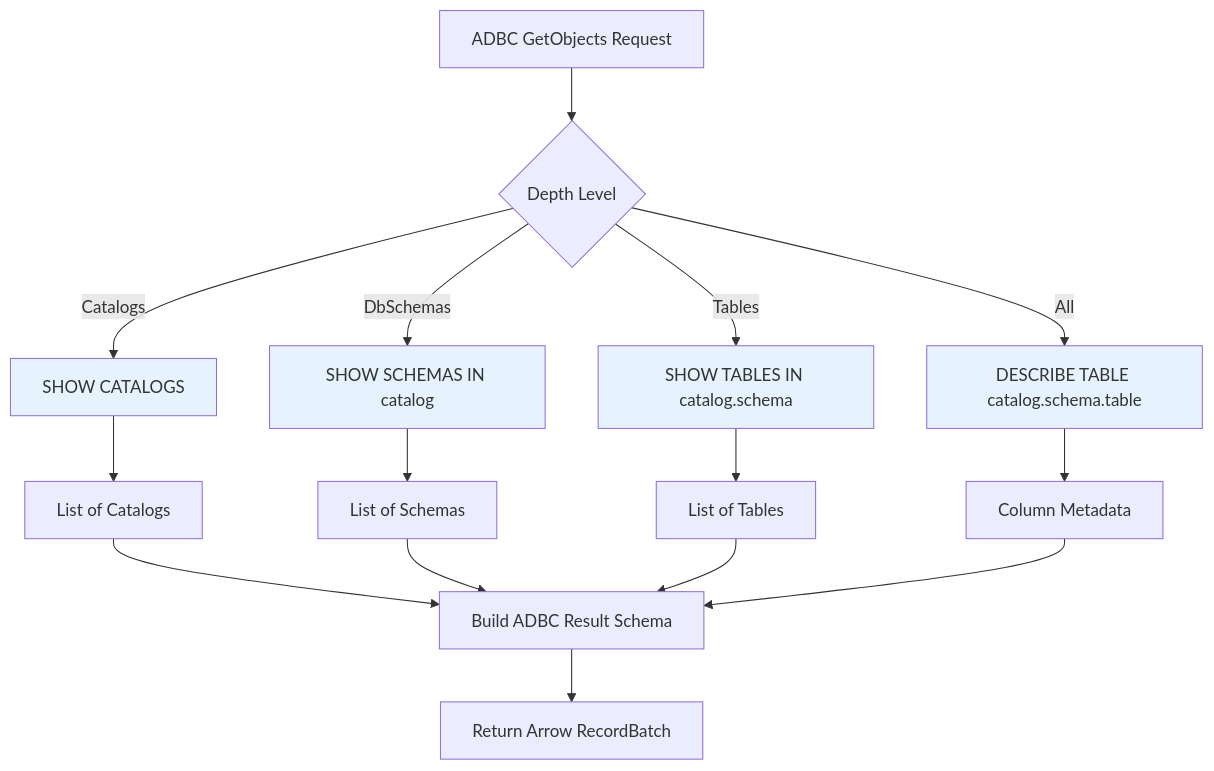
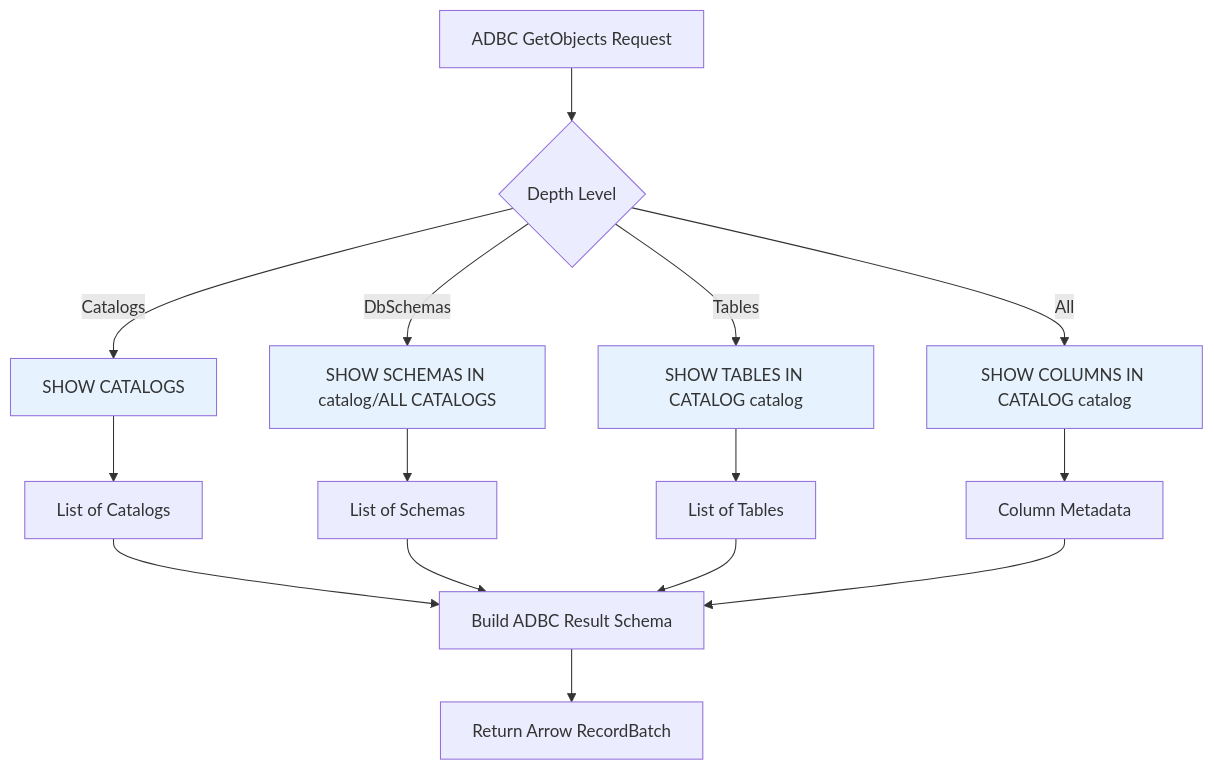
Before and after one commit to adbc-drivers/databricks: the eighth of 10 diagrams in csharp/doc/statement-execution-api-design.md, drawn with Mermaid. The commit also changed other lines of this file and 2 other files, not shown here.

````diff
--- a/csharp/doc/statement-execution-api-design.md
+++ b/csharp/doc/statement-execution-api-design.md
@@ -1372,28 +1372,28 @@
 ```mermaid
 flowchart TD
     Start[ADBC GetObjects Request] --> Depth{Depth Level}
 
     Depth -->|Catalogs| Q1[SHOW CATALOGS]
     Q1 --> R1[List of Catalogs]
 
-    Depth -->|DbSchemas| Q2[SHOW SCHEMAS IN catalog]
+    Depth -->|DbSchemas| Q2[SHOW SCHEMAS IN catalog/ALL CATALOGS]
     Q2 --> R2[List of Schemas]
 
-    Depth -->|Tables| Q3[SHOW TABLES IN catalog.schema]
+    Depth -->|Tables| Q3[SHOW TABLES IN CATALOG catalog]
     Q3 --> R3[List of Tables]
 
-    Depth -->|All| Q4[DESCRIBE TABLE catalog.schema.table]
+    Depth -->|All| Q4[SHOW COLUMNS IN CATALOG catalog]
     Q4 --> R4[Column Metadata]
 
     R1 --> Build[Build ADBC Result Schema]
     R2 --> Build
     R3 --> Build
     R4 --> Build
 
     Build --> Return[Return Arrow RecordBatch]
 
     style Q1 fill:#e6f3ff
     style Q2 fill:#e6f3ff
     style Q3 fill:#e6f3ff
     style Q4 fill:#e6f3ff
 ```
````
